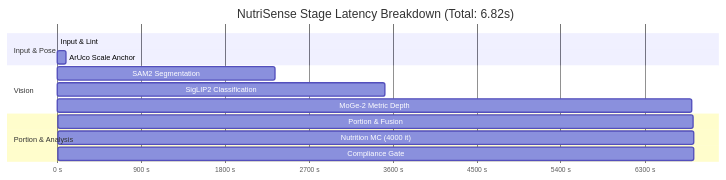
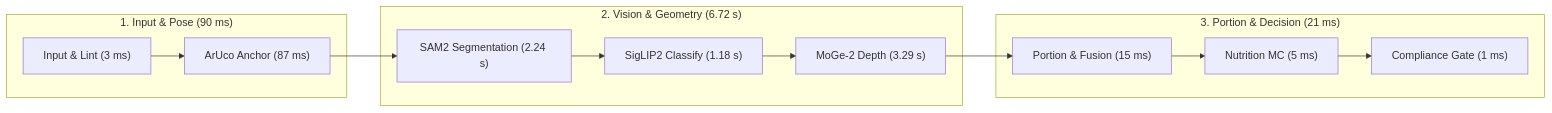
Before and after one commit to Lion4467cat/NutriSense: the diagram in docs/model-metrics.md, drawn with Mermaid. The commit also changed 7 other files, not shown here.

````diff
--- a/docs/model-metrics.md
+++ b/docs/model-metrics.md
@@ -172,17 +172,16 @@
 ```mermaid
-gantt
-    title NutriSense Stage Latency Breakdown (Total: 6.82s)
-    dateFormat X
-    axisFormat %s s
-    section Input & Pose
-    Input & Lint           :0, 3
-    ArUco Scale Anchor     :3, 90
-    section Vision
-    SAM2 Segmentation      :90, 2334
-    SigLIP2 Classification :2334, 3513
-    MoGe-2 Metric Depth    :3513, 6806
-    section Portion & Analysis
-    Portion & Fusion       :6806, 6821
-    Nutrition MC (4000 it) :6821, 6826
-    Compliance Gate        :6826, 6827
+flowchart LR
+    subgraph S1["1. Input & Pose (90 ms)"]
+        A["Input & Lint (3 ms)"] --> B["ArUco Anchor (87 ms)"]
+    end
+    subgraph S2["2. Vision & Geometry (6.72 s)"]
+        C["SAM2 Segmentation (2.24 s)"] --> D["SigLIP2 Classify (1.18 s)"]
+        D --> E["MoGe-2 Depth (3.29 s)"]
+    end
+    subgraph S3["3. Portion & Decision (21 ms)"]
+        F["Portion & Fusion (15 ms)"] --> G["Nutrition MC (5 ms)"]
+        G --> H["Compliance Gate (1 ms)"]
+    end
+    B --> C
+    E --> F
 ```
````
